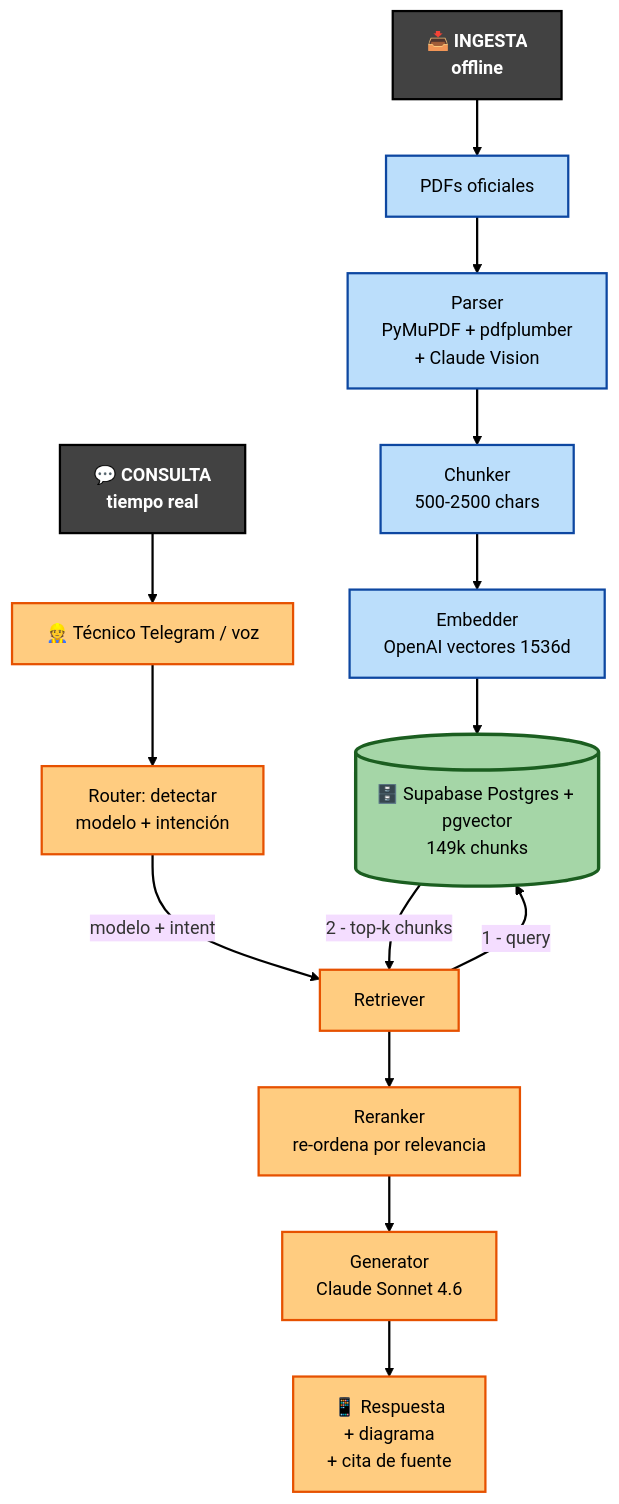
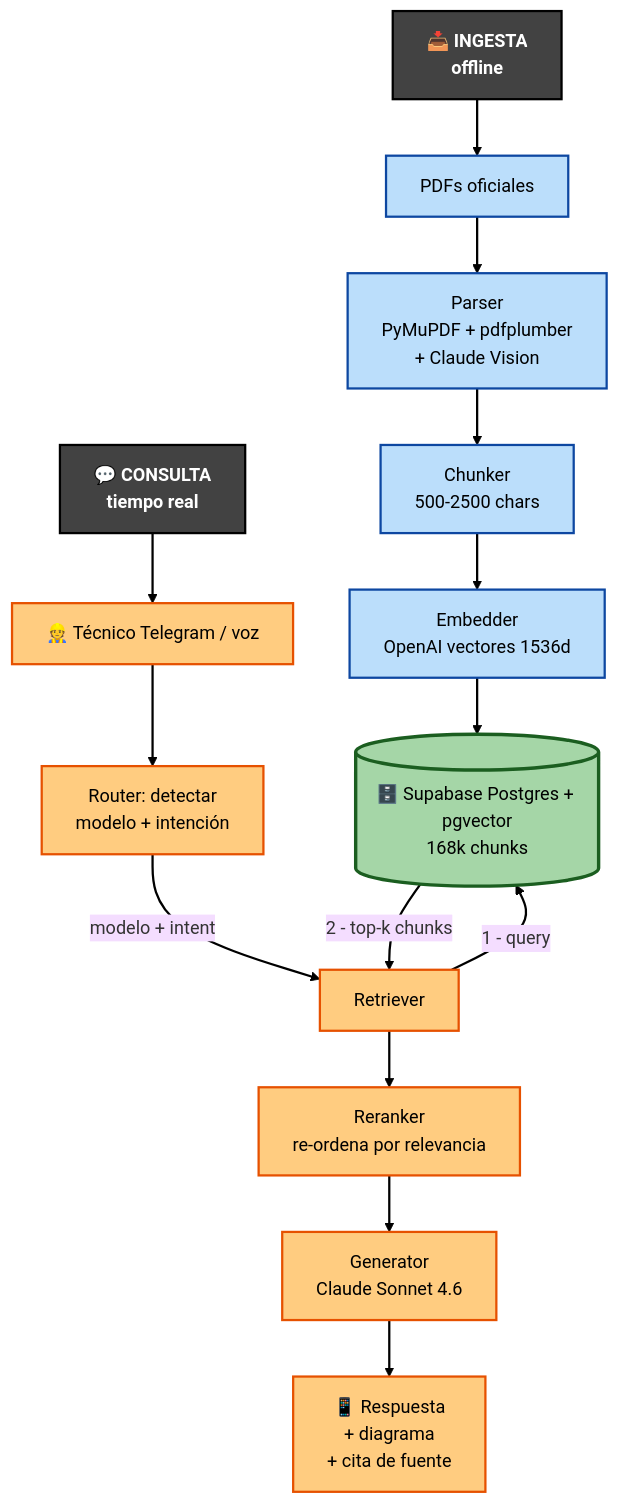
Before and after one commit to albertofontiber/technical_bot: the first of 8 diagrams in docs/ARCHITECTURE.md, drawn with Mermaid (base theme). The commit also changed other lines of this file, not shown here.

First line of the commit message:
ARCHITECTURE.md: refresh stale corpus figures post-sesión 13

````diff
--- a/docs/ARCHITECTURE.md
+++ b/docs/ARCHITECTURE.md
@@ -39,35 +39,35 @@
 ```mermaid
 flowchart TB
     %% ========== INGESTA (columna izquierda) ==========
     I1[📥 INGESTA<br>offline] --> I2[PDFs oficiales]
     I2 --> I3[Parser<br>PyMuPDF + pdfplumber<br>+ Claude Vision]
     I3 --> I4[Chunker<br>500-2500 chars]
     I4 --> I5[Embedder<br>OpenAI vectores 1536d]
     I5 ==> DB
 
     %% ========== DB centro ==========
-    DB[(🗄️ Supabase Postgres + pgvector<br>149k chunks)]
+    DB[(🗄️ Supabase Postgres + pgvector<br>168k chunks)]
 
     %% ========== CONSULTA (columna derecha) ==========
     C1[💬 CONSULTA<br>tiempo real] --> C2[👷 Técnico Telegram / voz]
     C2 --> C3[Router: detectar<br>modelo + intención]
     C3 -->|modelo + intent| C4[Retriever]
     C4 ==>|1 - query| DB
     DB ==>|2 - top-k chunks| C4
     C4 --> C5[Reranker<br>re-ordena por relevancia]
     C5 --> C6[Generator<br>Claude Sonnet 4.6]
     C6 --> C7[📱 Respuesta<br>+ diagrama<br>+ cita de fuente]
 
     %% ========== Estilos ==========
     classDef ingesta fill:#bbdefb,stroke:#0d47a1,color:#000000,stroke-width:2px
     classDef consulta fill:#ffcc80,stroke:#e65100,color:#000000,stroke-width:2px
     classDef dbnode fill:#a5d6a7,stroke:#1b5e20,color:#000000,stroke-width:3px
     classDef title fill:#424242,stroke:#000000,color:#ffffff,font-weight:bold,stroke-width:2px
 
     class I2,I3,I4,I5 ingesta
     class C2,C3,C4,C5,C6,C7 consulta
     class DB dbnode
     class I1,C1 title
 
     linkStyle default stroke:#000000,stroke-width:2px
 ```
````
